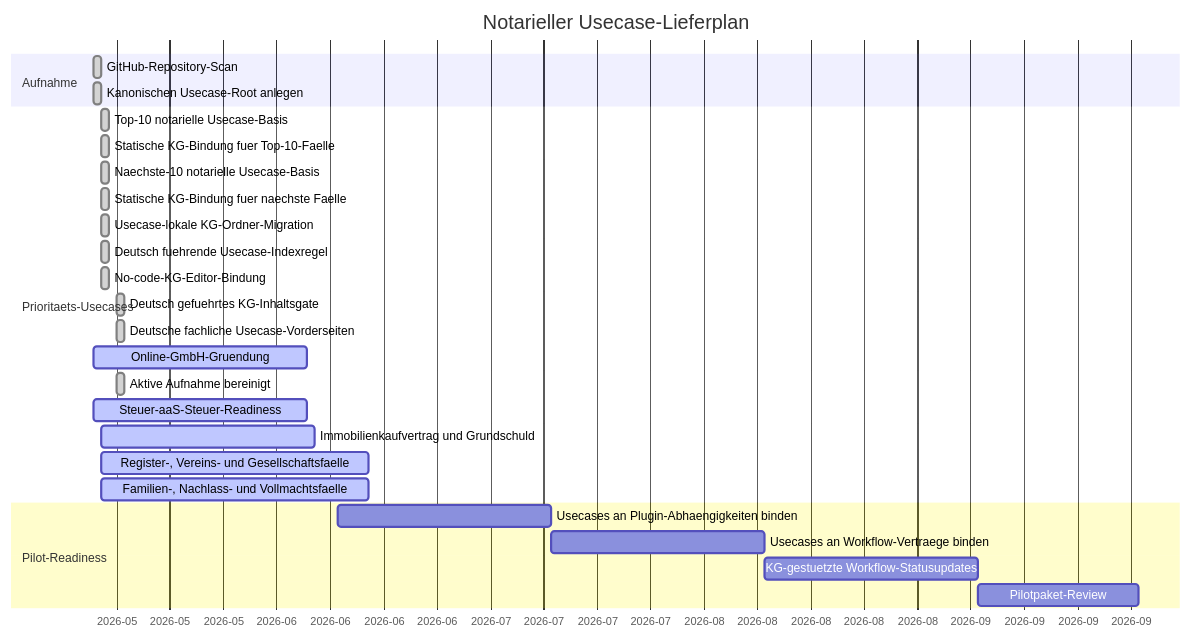
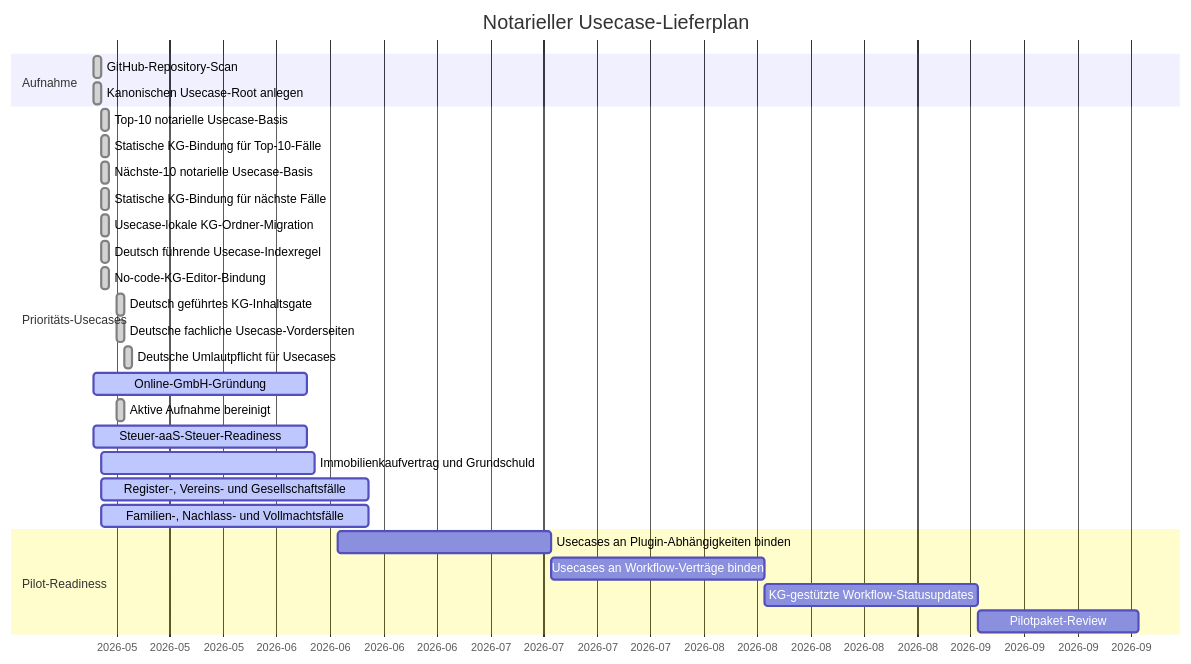
The diagram in usecases/GANTT.md (notariat8/NaC), drawn with Mermaid before and after one commit. The commit also changed other lines of this file and 231 other files, not shown here.

````diff
--- a/usecases/GANTT.md
+++ b/usecases/GANTT.md
@@ -5,33 +5,34 @@
 ```mermaid
 gantt
     title Notarieller Usecase-Lieferplan
     dateFormat  YYYY-MM-DD
     axisFormat  %Y-%m
 
     section Aufnahme
     GitHub-Repository-Scan                     :done,   u1, 2026-05-14, 1d
     Kanonischen Usecase-Root anlegen           :done,   u2, 2026-05-14, 1d
 
-    section Prioritaets-Usecases
+    section Prioritäts-Usecases
     Top-10 notarielle Usecase-Basis            :done,   u3, 2026-05-15, 1d
-    Statische KG-Bindung fuer Top-10-Faelle    :done,   u4, 2026-05-15, 1d
-    Naechste-10 notarielle Usecase-Basis       :done,   u5, 2026-05-15, 1d
-    Statische KG-Bindung fuer naechste Faelle  :done,   u6, 2026-05-15, 1d
+    Statische KG-Bindung für Top-10-Fälle    :done,   u4, 2026-05-15, 1d
+    Nächste-10 notarielle Usecase-Basis       :done,   u5, 2026-05-15, 1d
+    Statische KG-Bindung für nächste Fälle  :done,   u6, 2026-05-15, 1d
     Usecase-lokale KG-Ordner-Migration         :done,   u6a, 2026-05-15, 1d
-    Deutsch fuehrende Usecase-Indexregel       :done,   u6b, 2026-05-15, 1d
+    Deutsch führende Usecase-Indexregel       :done,   u6b, 2026-05-15, 1d
     No-code-KG-Editor-Bindung                  :done,   u6c, 2026-05-15, 1d
-    Deutsch gefuehrtes KG-Inhaltsgate          :done,   u6d, 2026-05-17, 1d
+    Deutsch geführtes KG-Inhaltsgate          :done,   u6d, 2026-05-17, 1d
     Deutsche fachliche Usecase-Vorderseiten     :done,   u6e, 2026-05-17, 1d
-    Online-GmbH-Gruendung                      :active, u7, 2026-05-14, 28d
+    Deutsche Umlautpflicht für Usecases       :done,   u6f, 2026-05-18, 1d
+    Online-GmbH-Gründung                      :active, u7, 2026-05-14, 28d
     Aktive Aufnahme bereinigt                  :done,   u8, 2026-05-17, 1d
     Steuer-aaS-Steuer-Readiness                :active, u9, 2026-05-14, 28d
     Immobilienkaufvertrag und Grundschuld      :active, u10, 2026-05-15, 28d
-    Register-, Vereins- und Gesellschaftsfaelle :active, u11, 2026-05-15, 35d
-    Familien-, Nachlass- und Vollmachtsfaelle  :active, u12, 2026-05-15, 35d
+    Register-, Vereins- und Gesellschaftsfälle :active, u11, 2026-05-15, 35d
+    Familien-, Nachlass- und Vollmachtsfälle  :active, u12, 2026-05-15, 35d
 
     section Pilot-Readiness
-    Usecases an Plugin-Abhaengigkeiten binden  :        u13, 2026-06-15, 28d
-    Usecases an Workflow-Vertraege binden      :        u14, after u13, 28d
-    KG-gestuetzte Workflow-Statusupdates       :        u15, after u14, 28d
+    Usecases an Plugin-Abhängigkeiten binden  :        u13, 2026-06-15, 28d
+    Usecases an Workflow-Verträge binden      :        u14, after u13, 28d
+    KG-gestützte Workflow-Statusupdates       :        u15, after u14, 28d
     Pilotpaket-Review                          :        u16, after u15, 21d
 ```
````
